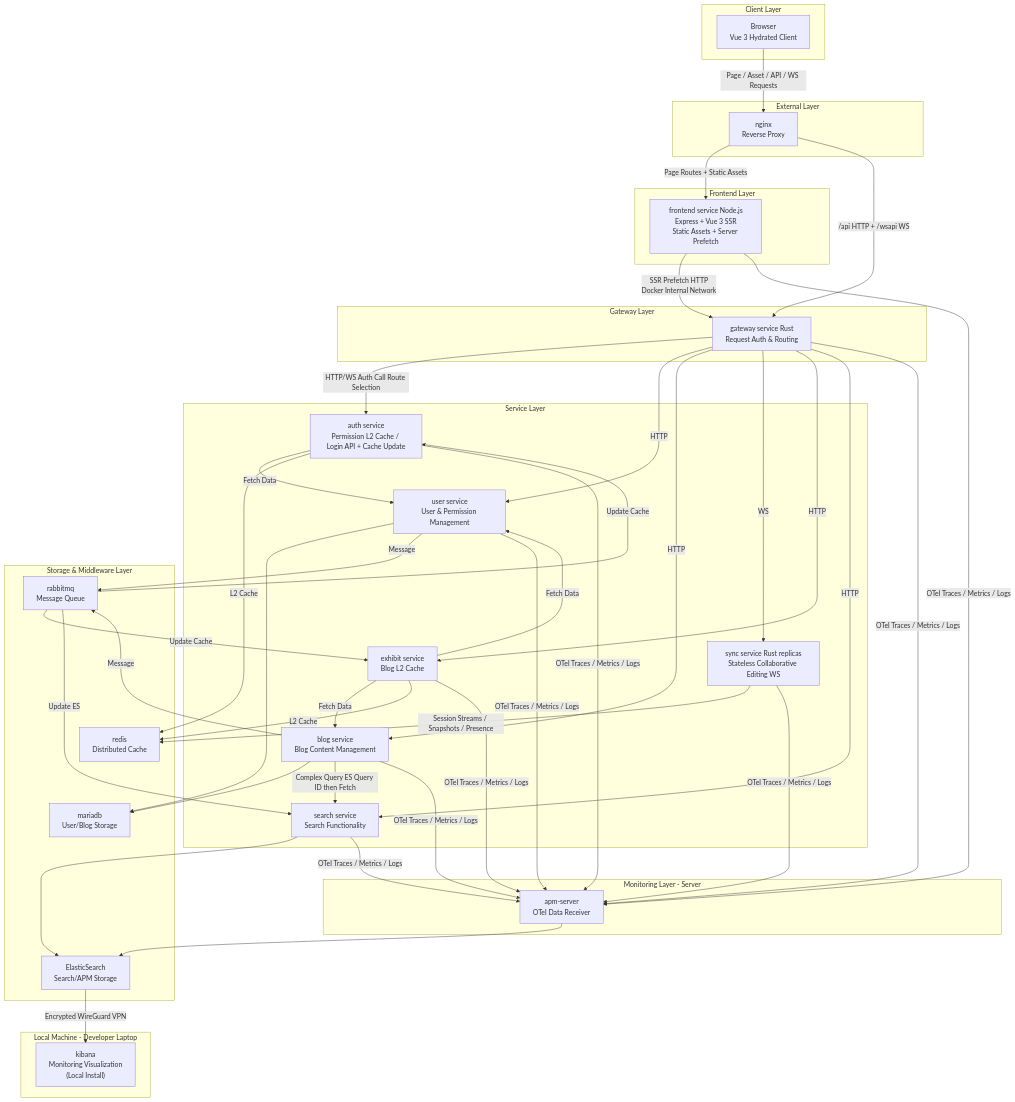
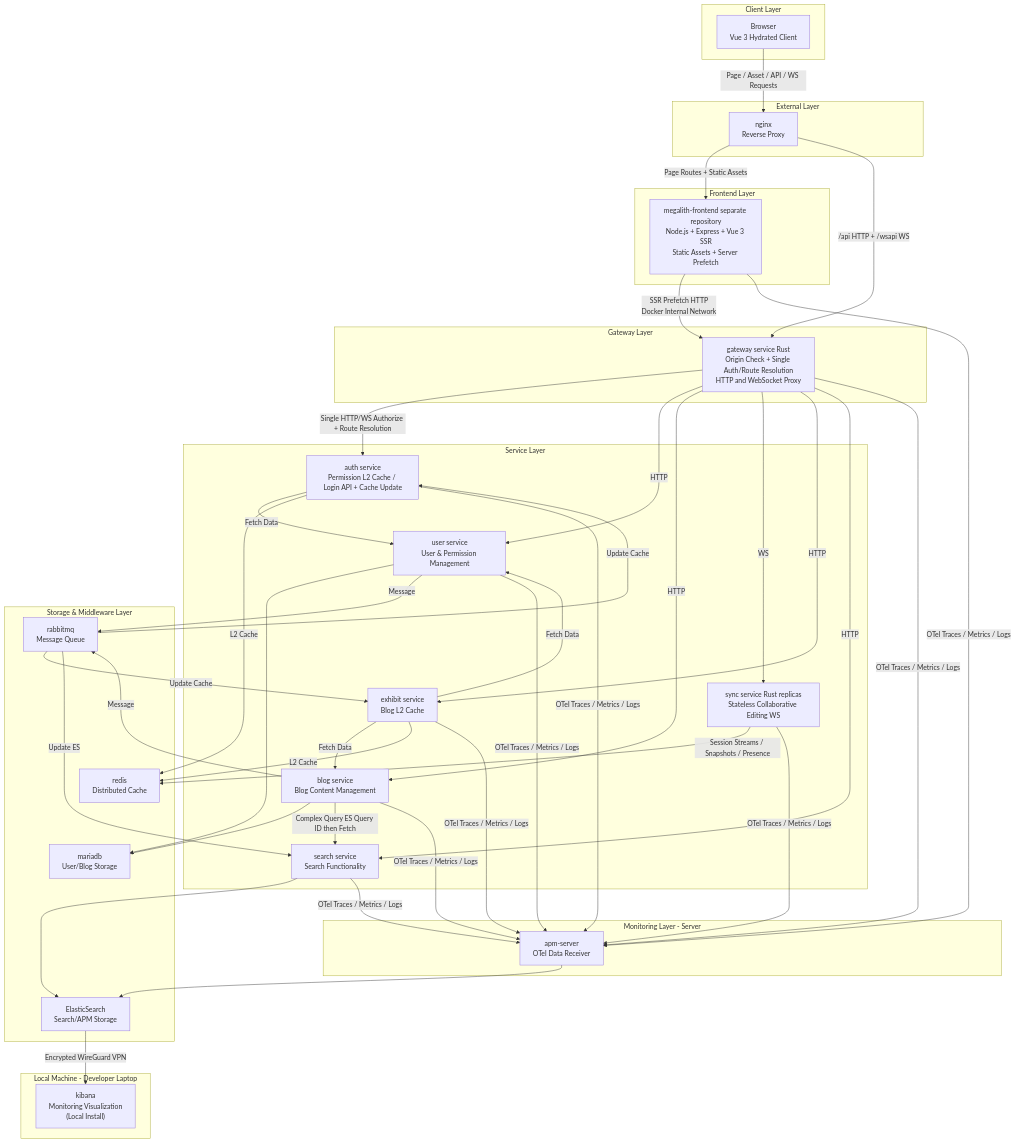
The diagram in README.md (mingchiuli/megalith-micro), drawn with Mermaid before and after one commit. The commit also changed other lines of this file and 18 other files, not shown here.

Commit message:
refactor: unify gateway authorization and routing

````diff
--- a/README.md
+++ b/README.md
@@ -12,68 +12,68 @@
 ```mermaid
 graph TD
     %% Layer Definitions
     subgraph ClientLayer[Client Layer]
         Browser["Browser<br/>Vue 3 Hydrated Client"]
     end
     subgraph ExternalLayer[External Layer]
         Nginx["nginx<br/>Reverse Proxy"]
     end
     subgraph FrontendLayer[Frontend Layer]
-        Frontend["frontend service Node.js<br/>Express + Vue 3 SSR<br/>Static Assets + Server Prefetch"]
+        Frontend["megalith-frontend separate repository<br/>Node.js + Express + Vue 3 SSR<br/>Static Assets + Server Prefetch"]
     end
     subgraph GatewayLayer[Gateway Layer]
-        Gateway["gateway service Rust<br/>Request Auth & Routing"]
+        Gateway["gateway service Rust<br/>Origin Check + Single Auth/Route Resolution<br/>HTTP and WebSocket Proxy"]
     end
     subgraph ServiceLayer[Service Layer]
         Auth["auth service<br/>Permission L2 Cache / Login API + Cache Update"]
         User["user service<br/>User & Permission Management"]
         Blog["blog service<br/>Blog Content Management"]
         Sync["sync service Rust replicas<br/>Stateless Collaborative Editing WS"]
         Exhibit["exhibit service<br/>Blog L2 Cache"]
         Search["search service<br/>Search Functionality"]
     end
     subgraph StorageLayer[Storage & Middleware Layer]
         MariaDB["mariadb<br/>User/Blog Storage"]
         Redis["redis<br/>Distributed Cache"]
         RabbitMQ["rabbitmq<br/>Message Queue"]
         ES["ElasticSearch<br/>Search/APM Storage"]
     end
     subgraph MonitoringLayer[Monitoring Layer - Server]
         APMServer["apm-server<br/>OTel Data Receiver"]
     end
     subgraph LocalMachine[Local Machine - Developer Laptop]
         Kibana["kibana<br/>Monitoring Visualization<br/>(Local Install)"]
     end
     %% Traffic Flow: page requests use SSR; browser API calls bypass Node
     Browser -->|Page / Asset / API / WS Requests| Nginx
     Nginx -->|Page Routes + Static Assets| Frontend
     Nginx -->|/api HTTP + /wsapi WS| Gateway
     Frontend -->|SSR Prefetch HTTP<br/>Docker Internal Network| Gateway
-    Gateway -->|HTTP/WS Auth Call Route Selection| Auth
+    Gateway -->|Single HTTP/WS Authorize + Route Resolution| Auth
     Gateway -->|HTTP| User
     Gateway -->|HTTP| Blog
     Gateway -->|WS| Sync
     Gateway -->|HTTP| Exhibit
     Gateway -->|HTTP| Search
     %% Business Dependencies
     User --> MariaDB
     Blog --> MariaDB
     Exhibit -->|Fetch Data| User
     Exhibit -->|Fetch Data| Blog
     Auth -->|Fetch Data| User
     Search --> ES
     Blog -->|Complex Query ES Query ID then Fetch| Search
     %% Messages & Cache Auth receives RabbitMQ messages to update cache
     User -->|Message| RabbitMQ
     Blog -->|Message| RabbitMQ
     RabbitMQ -->|Update Cache| Exhibit
     RabbitMQ -->|Update ES| Search
     RabbitMQ -->|Update Cache| Auth
     Exhibit -->|L2 Cache| Redis
     Auth -->|L2 Cache| Redis
     Sync -->|Session Streams / Snapshots / Presence| Redis
     %% Monitoring Flow
     Frontend & User & Blog & Auth & Exhibit & Search & Sync & Gateway -->|OTel Traces / Metrics / Logs| APMServer
     APMServer --> ES
     ES -->|Encrypted WireGuard VPN| Kibana
 ```
````
